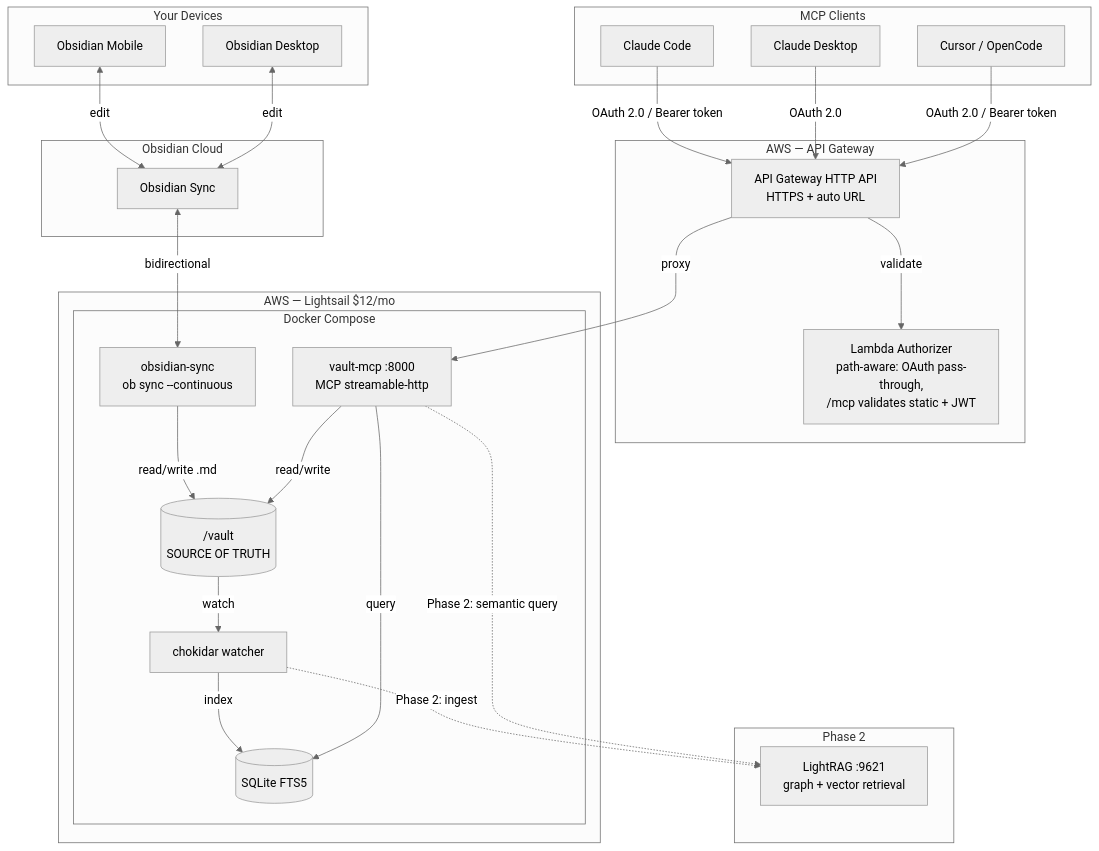
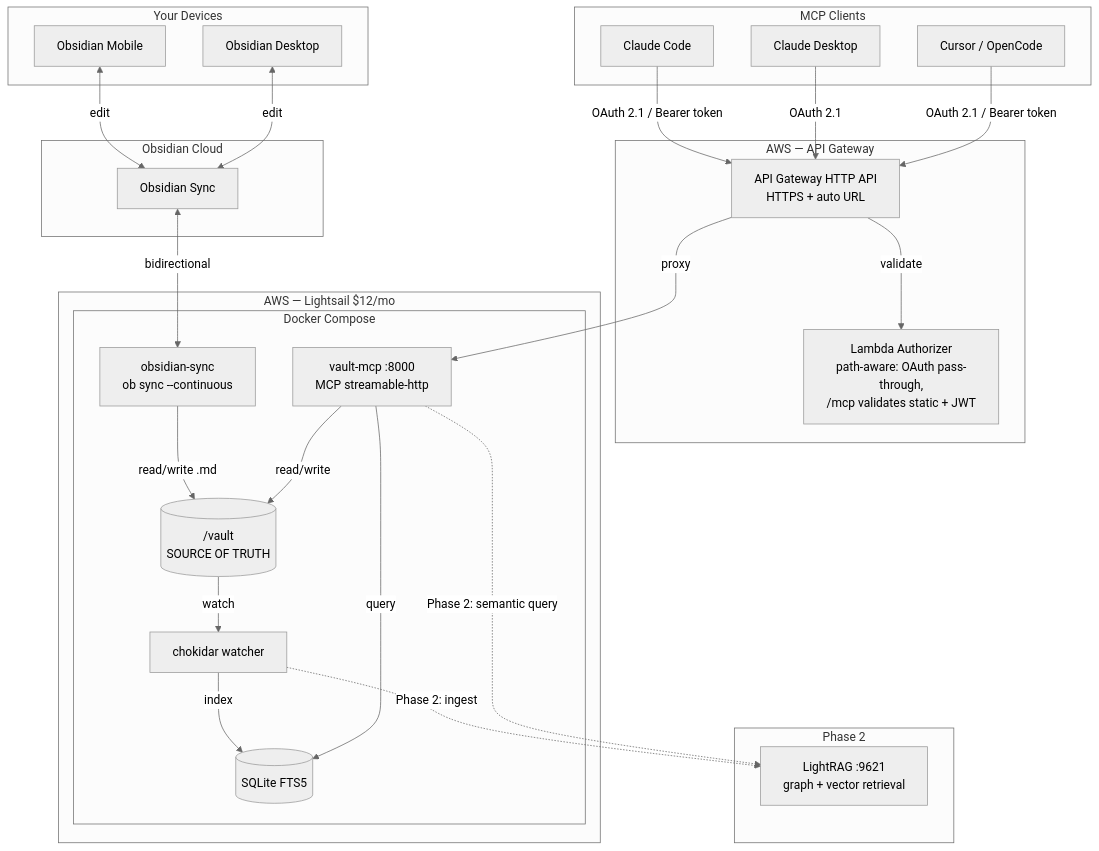
The first of 3 diagrams in ARCHITECTURE.md (aliasunder/vault-cortex), drawn with Mermaid (neutral theme) before and after one commit. The commit also changed other lines of this file and 5 other files, not shown here.

````diff
--- a/ARCHITECTURE.md
+++ b/ARCHITECTURE.md
@@ -52,52 +52,52 @@
 ```mermaid
 graph TB
     subgraph devices ["Your Devices"]
         OBS_PHONE["Obsidian Mobile"]
         OBS_LAPTOP["Obsidian Desktop"]
     end
 
     subgraph cloud ["Obsidian Cloud"]
         SYNC["Obsidian Sync"]
     end
 
     subgraph apigw_grp ["AWS — API Gateway"]
         APIGW["API Gateway HTTP API<br/>HTTPS + auto URL"]
         AUTH_FN["Lambda Authorizer<br/>path-aware: OAuth pass-through,<br/>/mcp validates static + JWT"]
         APIGW -->|validate| AUTH_FN
     end
 
     subgraph lightsail ["AWS — Lightsail $12/mo"]
         subgraph compose ["Docker Compose"]
             OB_HEADLESS["obsidian-sync<br/>ob sync --continuous"]
             VAULT_FS[("/vault<br/>SOURCE OF TRUTH")]
             MCP_SERVER["vault-mcp :8000<br/>MCP streamable-http"]
             SQLITE[("SQLite FTS5")]
             WATCHER["chokidar watcher"]
         end
     end
 
     subgraph phase2 ["Phase 2"]
         LIGHTRAG["LightRAG :9621<br/>graph + vector retrieval"]
     end
 
     subgraph clients ["MCP Clients"]
         CC["Claude Code"]
         CD["Claude Desktop"]
         CU["Cursor / OpenCode"]
     end
 
     OBS_PHONE <-->|edit| SYNC
     OBS_LAPTOP <-->|edit| SYNC
     SYNC <-->|bidirectional| OB_HEADLESS
     OB_HEADLESS -->|read/write .md| VAULT_FS
     VAULT_FS -->|watch| WATCHER
     WATCHER -->|index| SQLITE
     WATCHER -.->|Phase 2: ingest| LIGHTRAG
     MCP_SERVER -->|read/write| VAULT_FS
     MCP_SERVER -->|query| SQLITE
     MCP_SERVER -.->|Phase 2: semantic query| LIGHTRAG
-    CC -->|OAuth 2.0 / Bearer token| APIGW
-    CD -->|OAuth 2.0| APIGW
-    CU -->|OAuth 2.0 / Bearer token| APIGW
+    CC -->|OAuth 2.1 / Bearer token| APIGW
+    CD -->|OAuth 2.1| APIGW
+    CU -->|OAuth 2.1 / Bearer token| APIGW
     APIGW -->|proxy| MCP_SERVER
 ```
````
